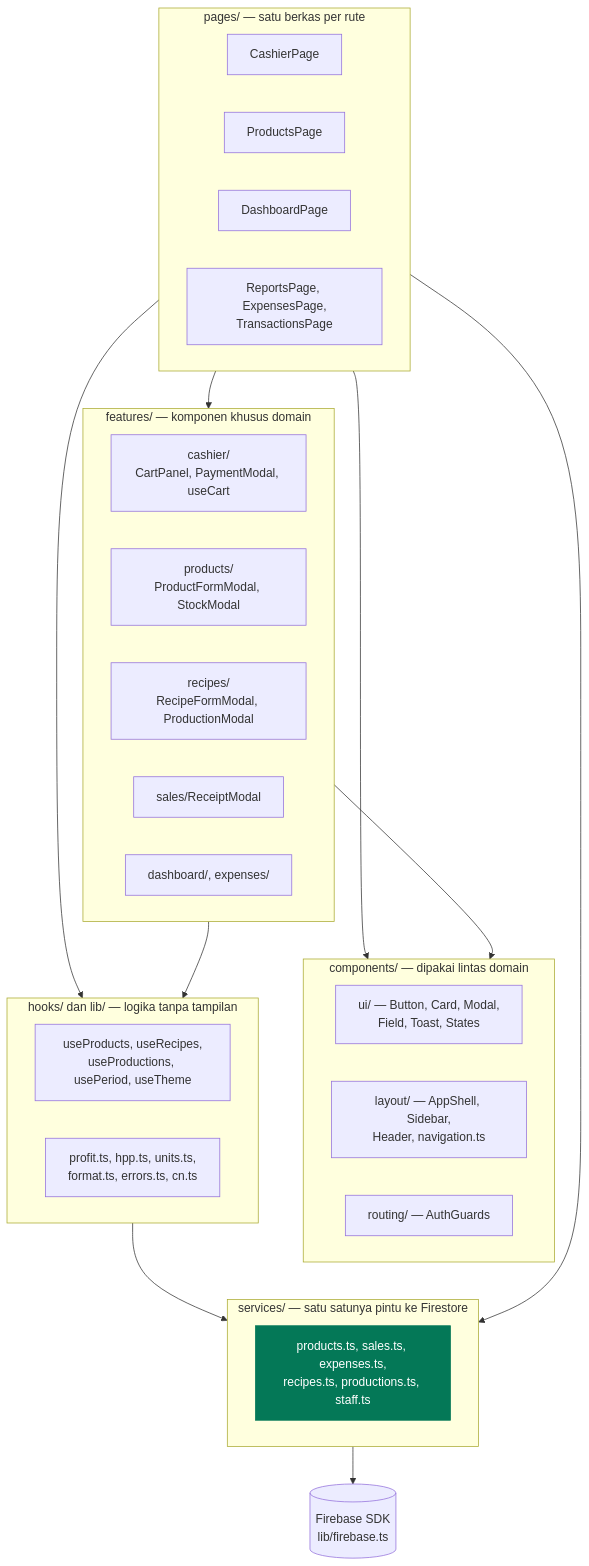
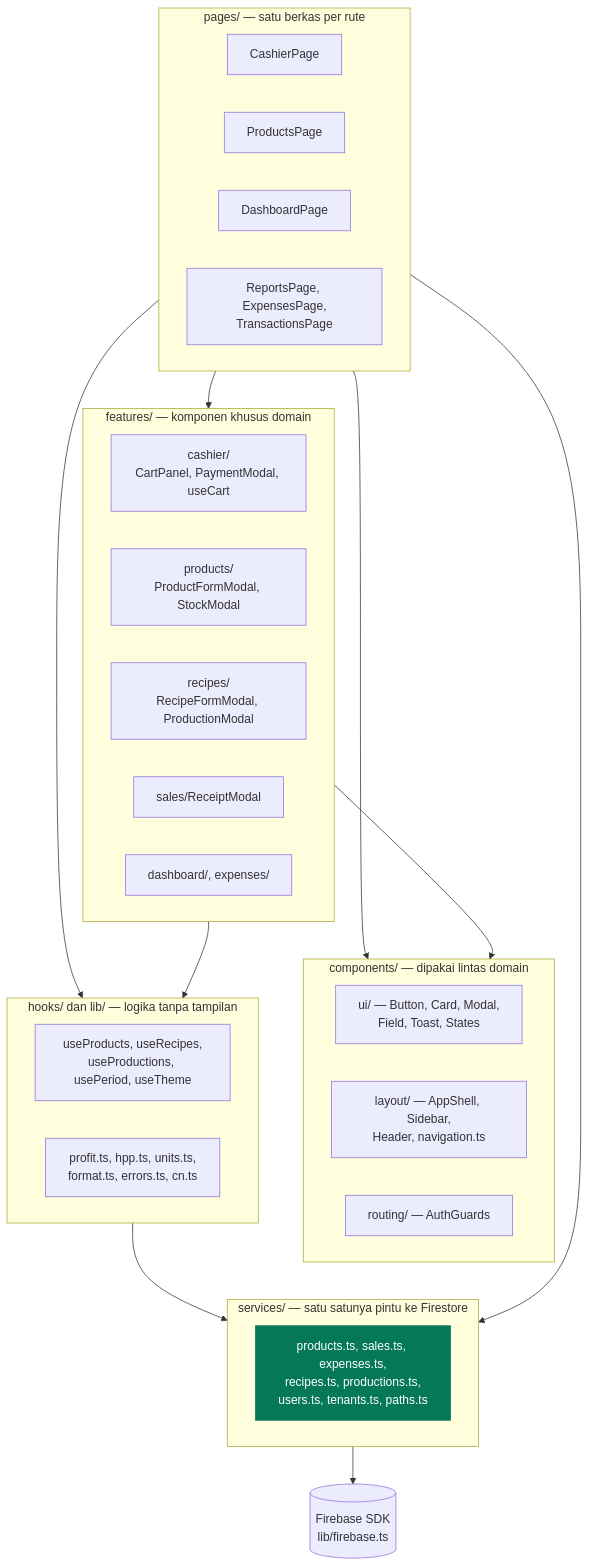
Before and after one commit to nadhimc/simple-pos-kkn-agung: the second of 5 diagrams in docs/arsitektur.md, drawn with Mermaid. The commit also changed 10 other files, not shown here.

````diff
--- a/docs/arsitektur.md
+++ b/docs/arsitektur.md
@@ -62,46 +62,46 @@
 ```mermaid
 flowchart TD
   subgraph pages["pages/ — satu berkas per rute"]
     P1["CashierPage"]
     P2["ProductsPage"]
     P3["DashboardPage"]
     P4["ReportsPage, ExpensesPage,<br/>TransactionsPage"]
   end
 
   subgraph features["features/ — komponen khusus domain"]
     F1["cashier/<br/>CartPanel, PaymentModal, useCart"]
     F2["products/<br/>ProductFormModal, StockModal"]
     F5["recipes/<br/>RecipeFormModal, ProductionModal"]
     F3["sales/ReceiptModal"]
     F4["dashboard/, expenses/"]
   end
 
   subgraph shared["components/ — dipakai lintas domain"]
     UI["ui/ — Button, Card, Modal,<br/>Field, Toast, States"]
     LAY["layout/ — AppShell, Sidebar,<br/>Header, navigation.ts"]
     RT["routing/ — AuthGuards"]
   end
 
   subgraph logic["hooks/ dan lib/ — logika tanpa tampilan"]
     H["useProducts, useRecipes,<br/>useProductions, usePeriod, useTheme"]
     L["profit.ts, hpp.ts, units.ts,<br/>format.ts, errors.ts, cn.ts"]
   end
 
   subgraph data["services/ — satu satunya pintu ke Firestore"]
-    S["products.ts, sales.ts, expenses.ts,<br/>recipes.ts, productions.ts, staff.ts"]
+    S["products.ts, sales.ts, expenses.ts,<br/>recipes.ts, productions.ts,<br/>users.ts, tenants.ts, paths.ts"]
   end
 
   FB[("Firebase SDK<br/>lib/firebase.ts")]
 
   pages --> features
   pages --> shared
   pages --> logic
   features --> logic
   features --> shared
   logic --> data
   pages --> data
   data --> FB
 
   classDef gate fill:#047857,stroke:#047857,color:#ffffff
   class S gate
 ```
````
